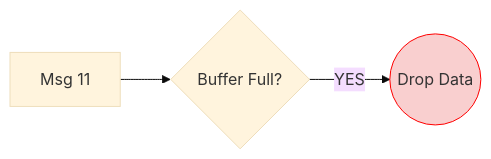
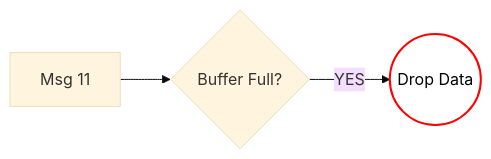
One commit to MohdMusaiyab/system-design changed the sixth of 10 diagrams in Real_Time_Backend/10_Backpressure.md. Above: the diagram before and after it, drawn with Mermaid (base theme). The commit also changed other lines of this file and 8 other files, not shown here.

````diff
--- a/Real_Time_Backend/10_Backpressure.md
+++ b/Real_Time_Backend/10_Backpressure.md
@@ -103,6 +105,6 @@
 ```mermaid
 flowchart LR
     Msg11["Msg 11"] --> S{"Buffer Full?"}
     S -- YES --> D(("Drop Data"))
-    style D fill:#f9cfcf,stroke:#ff0000
+    style D fill:#ffffff,stroke:#ff0000,color:#000000,stroke-width:2px
 ```
````
